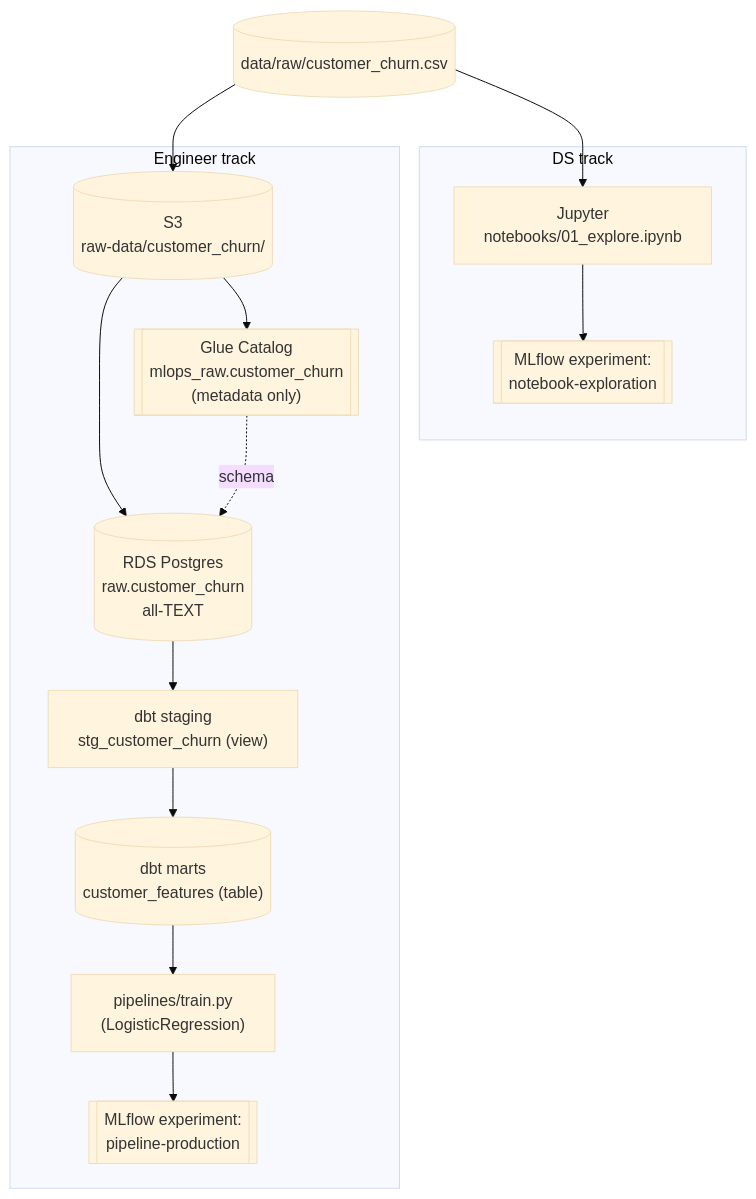
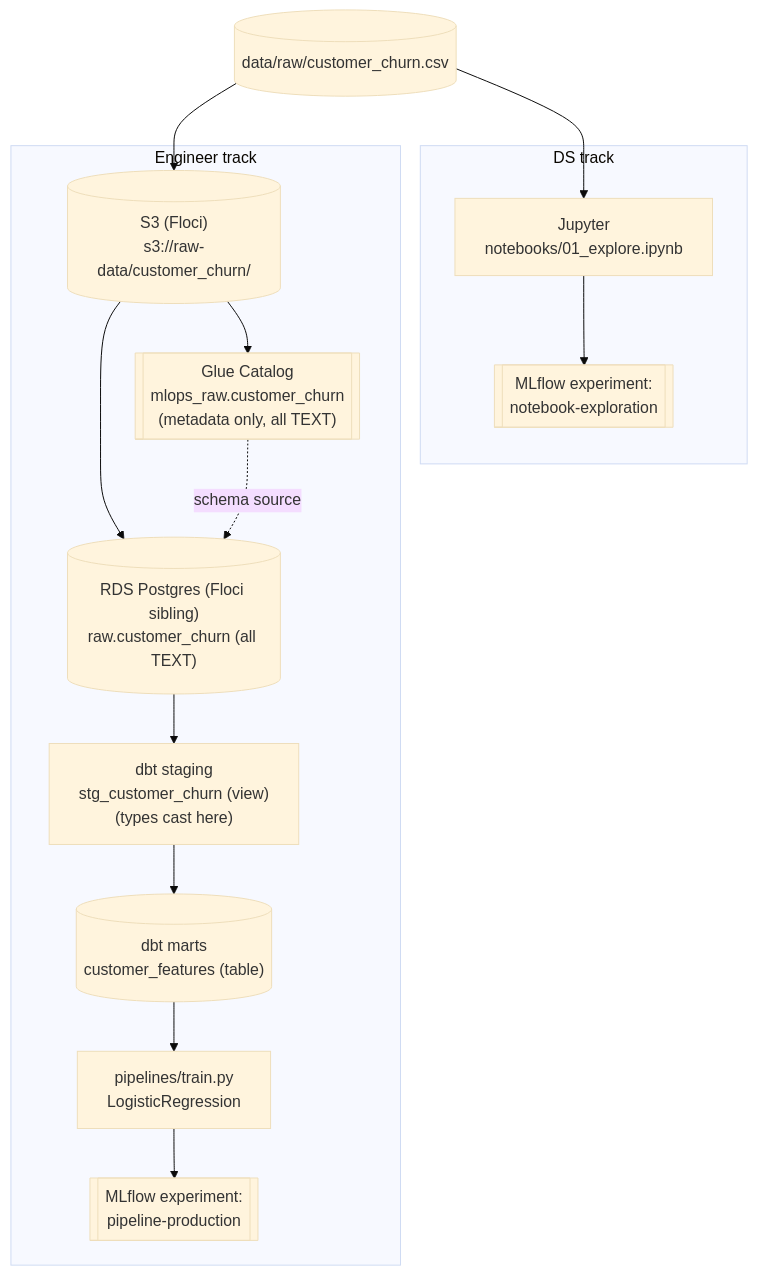
The second of 3 diagrams in README.md (handy-dd18/mlops-local-template), drawn with Mermaid (base theme) before and after one commit. The commit also changed other lines of this file and 2 other files, not shown here.

````diff
--- a/README.md
+++ b/README.md
@@ -110,31 +117,31 @@
 ```mermaid
 flowchart TB
     csv[("data/raw/customer_churn.csv")]
 
     subgraph ds["DS track"]
         nb["Jupyter<br/>notebooks/01_explore.ipynb"]
         expnb[["MLflow experiment:<br/>notebook-exploration"]]
         nb --> expnb
     end
 
     subgraph eng["Engineer track"]
-        s3[("S3<br/>raw-data/customer_churn/")]
-        glue[["Glue Catalog<br/>mlops_raw.customer_churn<br/>(metadata only)"]]
-        rds[("RDS Postgres<br/>raw.customer_churn<br/>all-TEXT")]
-        stg["dbt staging<br/>stg_customer_churn (view)"]
+        s3[("S3 (Floci)<br/>s3://raw-data/customer_churn/")]
+        glue[["Glue Catalog<br/>mlops_raw.customer_churn<br/>(metadata only, all TEXT)"]]
+        rds[("RDS Postgres (Floci sibling)<br/>raw.customer_churn (all TEXT)")]
+        stg["dbt staging<br/>stg_customer_churn (view)<br/>(types cast here)"]
         marts[("dbt marts<br/>customer_features (table)")]
-        train["pipelines/train.py<br/>(LogisticRegression)"]
+        train["pipelines/train.py<br/>LogisticRegression"]
         expeng[["MLflow experiment:<br/>pipeline-production"]]
 
-        s3 --> glue
-        s3 --> rds
-        glue -. schema .-> rds
-        rds --> stg
-        stg --> marts
+        s3   --> glue
+        s3   --> rds
+        glue -. schema source .-> rds
+        rds   --> stg
+        stg   --> marts
         marts --> train
         train --> expeng
     end
 
     csv --> nb
     csv --> s3
 ```
````
